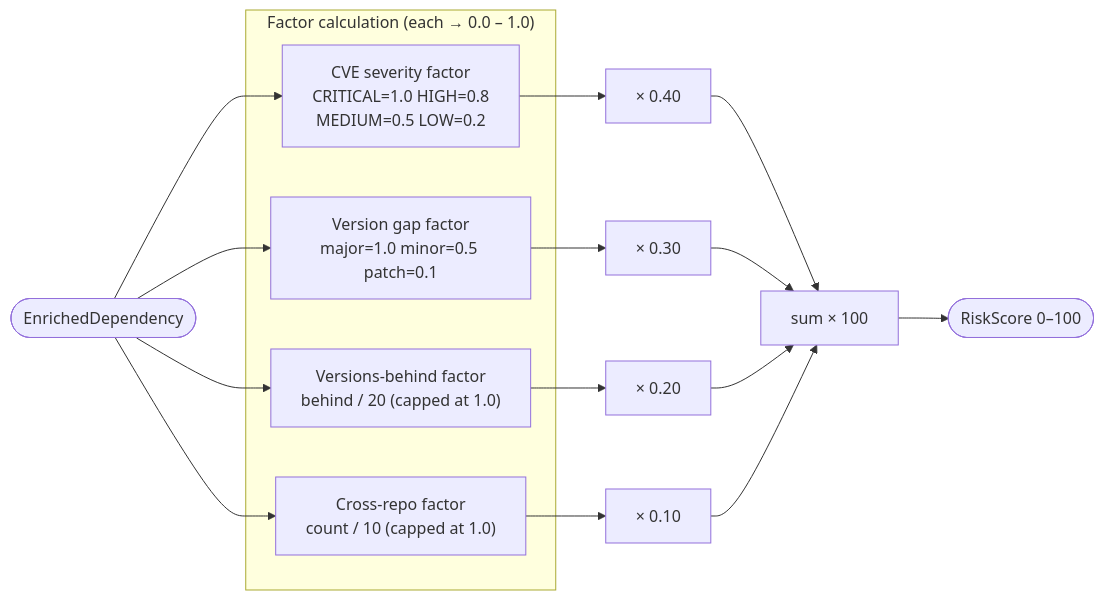
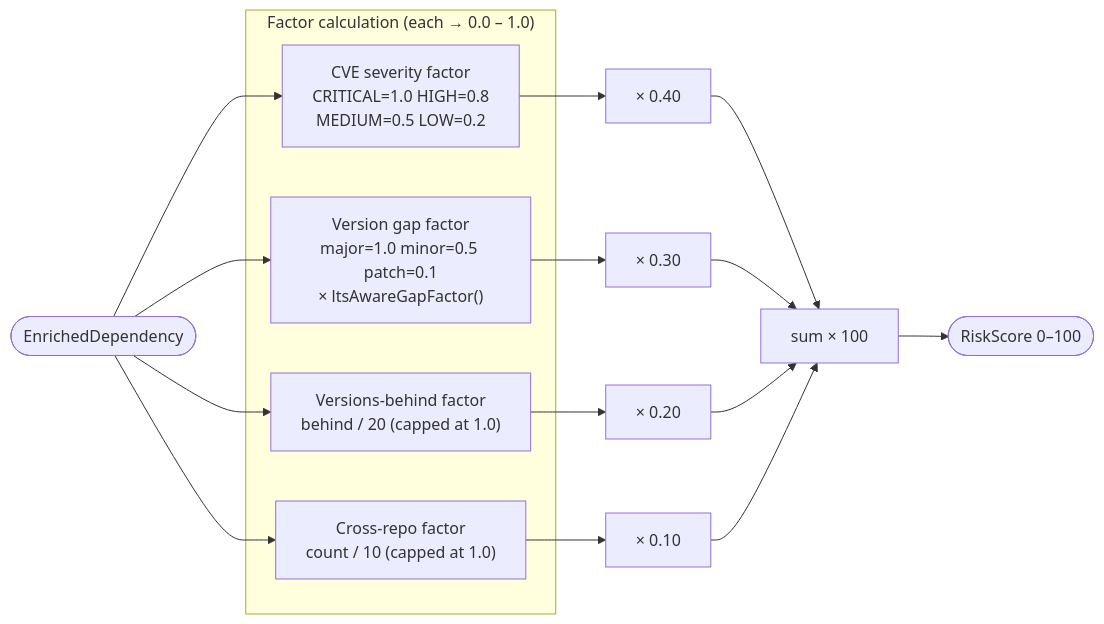
One commit to Holquaria/dep-health changed the ninth of 18 diagrams in docs/architecture.md. Above: the diagram before and after it, drawn with Mermaid. The commit also changed other lines of this file and 8 other files, not shown here.

````diff
--- a/docs/architecture.md
+++ b/docs/architecture.md
@@ -333,24 +341,24 @@
 ```mermaid
 flowchart LR
     dep([EnrichedDependency])
 
     dep --> F1
     dep --> F2
     dep --> F3
     dep --> F4
 
     subgraph factors ["Factor calculation (each → 0.0 – 1.0)"]
         F1["CVE severity factor\nCRITICAL=1.0 HIGH=0.8\nMEDIUM=0.5 LOW=0.2"]
-        F2["Version gap factor\nmajor=1.0 minor=0.5 patch=0.1"]
+        F2["Version gap factor\nmajor=1.0 minor=0.5 patch=0.1\n× ltsAwareGapFactor()"]
         F3["Versions-behind factor\nbehind / 20  (capped at 1.0)"]
         F4["Cross-repo factor\ncount / 10  (capped at 1.0)"]
     end
 
     F1 --> W1["× 0.40"]
     F2 --> W2["× 0.30"]
     F3 --> W3["× 0.20"]
     F4 --> W4["× 0.10"]
 
     W1 & W2 & W3 & W4 --> SUM["sum × 100"]
     SUM --> score(["RiskScore 0–100"])
 ```
````
